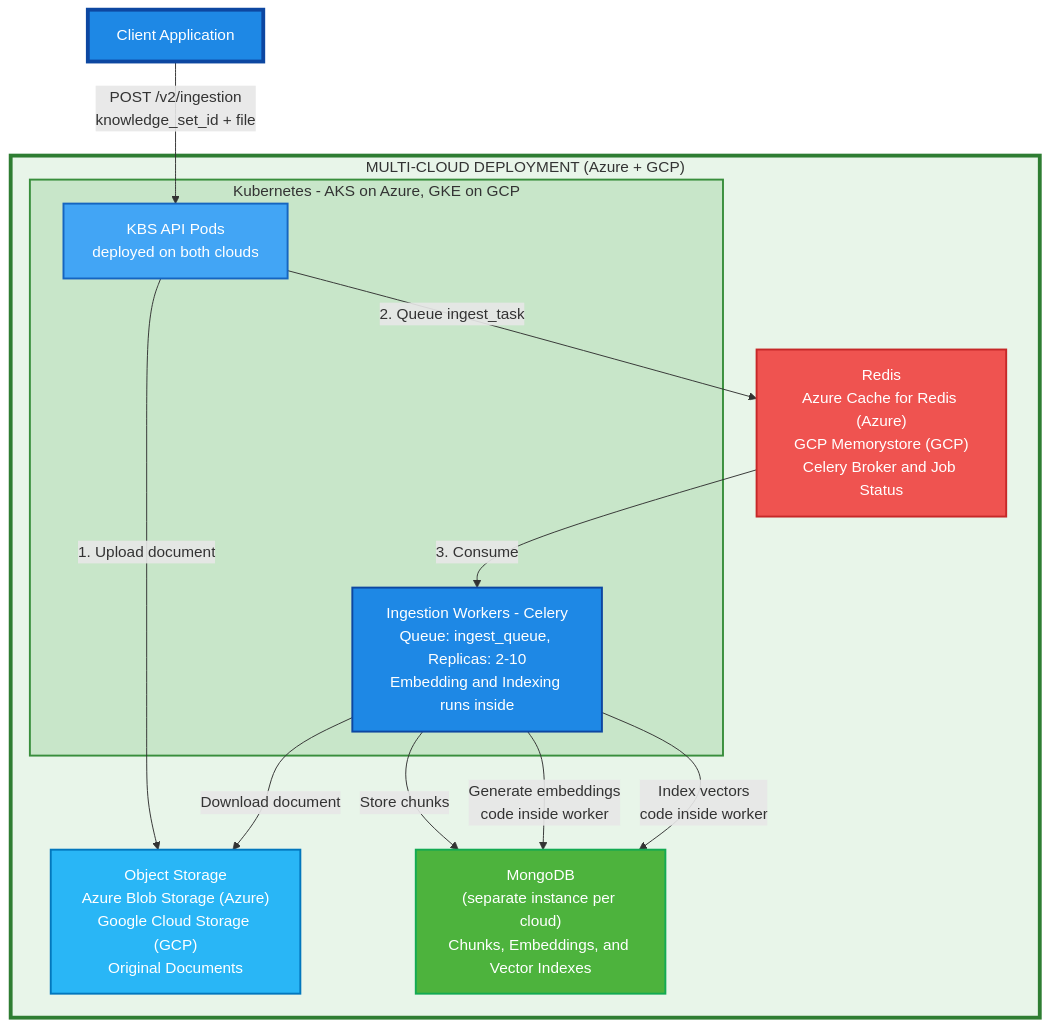
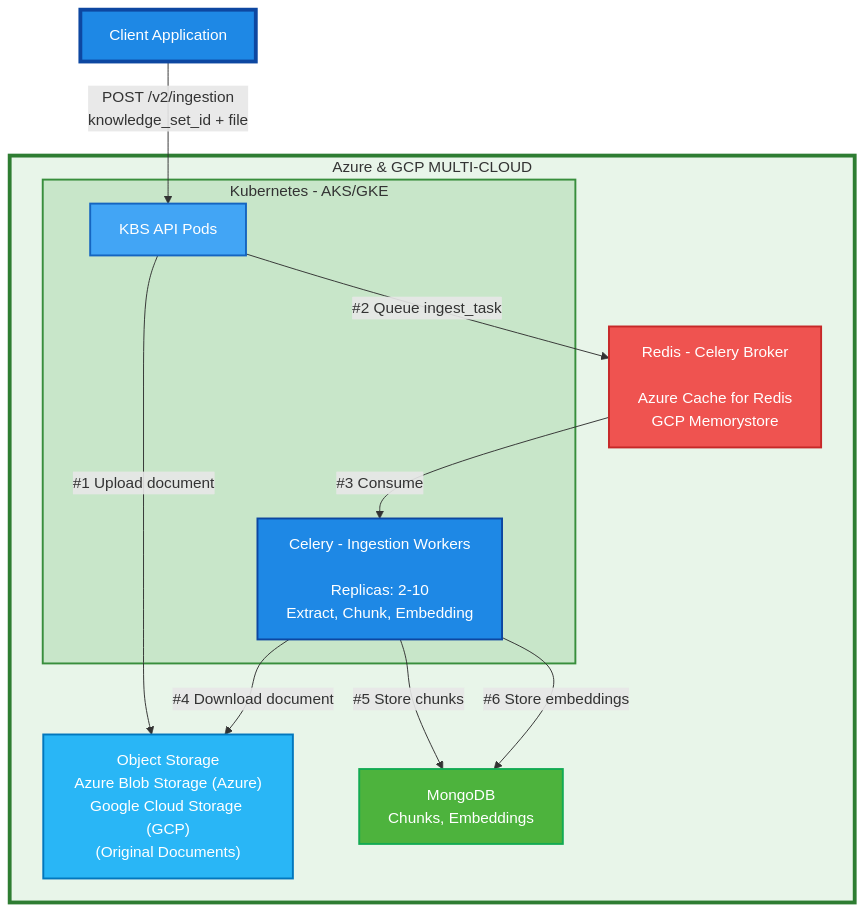
One commit to hmunjuluri05/rag-ingestion-api changed the first of 2 diagrams in docs/DESIGN.md. Above: the diagram before and after it, drawn with Mermaid. The commit also changed 1 other file, not shown here.

Commit message:
Improvements

````diff
--- a/docs/DESIGN.md
+++ b/docs/DESIGN.md
@@ -75,32 +75,31 @@
 ```mermaid
 graph TB
     Client["Client Application"]
 
-    subgraph MultiCloud["MULTI-CLOUD DEPLOYMENT  (Azure + GCP)"]
-        subgraph K8s["Kubernetes - AKS on Azure, GKE on GCP"]
-            API["KBS API Pods<br/>deployed on both clouds"]
-            Workers["Ingestion Workers - Celery<br/>Queue: ingest_queue, Replicas: 2-10<br/>Embedding and Indexing runs inside"]
+    subgraph MultiCloud["Azure & GCP MULTI-CLOUD"]
+        subgraph K8s["Kubernetes - AKS/GKE"]
+            API["KBS API Pods"]
+            Workers["Celery - Ingestion Workers<br/><br/>Replicas: 2-10<br/> Extract, Chunk, Embedding"]
         end
-        Redis["Redis<br/>Azure Cache for Redis (Azure)<br/>GCP Memorystore (GCP)<br/>Celery Broker and Job Status"]
-        ObjectStorage["Object Storage<br/>Azure Blob Storage (Azure)<br/>Google Cloud Storage (GCP)<br/>Original Documents"]
-        MongoDB["MongoDB<br/>(separate instance per cloud)<br/>Chunks, Embeddings, and Vector Indexes"]
+        Redis["Redis - Celery Broker<br/><br/>Azure Cache for Redis<br/>GCP Memorystore"]
+        ObjectStorage["Object Storage<br/>Azure Blob Storage (Azure)<br/>Google Cloud Storage (GCP)<br/>(Original Documents)"]
+        MongoDB["MongoDB<br/>Chunks, Embeddings"]
     end
 
     Client -->|POST /v2/ingestion<br/>knowledge_set_id + file| API
-    API -->|1. Upload document| ObjectStorage
-    API -->|2. Queue ingest_task| Redis
-    Redis -->|3. Consume| Workers
-    Workers -->|Download document| ObjectStorage
-    Workers -->|Store chunks| MongoDB
-    Workers -->|Generate embeddings<br/>code inside worker| MongoDB
-    Workers -->|Index vectors<br/>code inside worker| MongoDB
+    API -->|#1 Upload document| ObjectStorage
+    API -->|#2 Queue ingest_task| Redis
+    Redis -->|#3 Consume| Workers
+    Workers -->|#4 Download document| ObjectStorage
+    Workers -->|#5 Store chunks| MongoDB
+    Workers -->|#6 Store embeddings| MongoDB
 
     style Client fill:#1E88E5,stroke:#0D47A1,stroke-width:4px,color:#FFFFFF
     style MultiCloud fill:#E8F5E9,stroke:#2E7D32,stroke-width:4px
     style K8s fill:#C8E6C9,stroke:#388E3C,stroke-width:2px
     style API fill:#42A5F5,stroke:#1565C0,stroke-width:2px,color:#FFFFFF
     style Workers fill:#1E88E5,stroke:#0D47A1,stroke-width:2px,color:#FFFFFF
     style Redis fill:#EF5350,stroke:#C62828,stroke-width:2px,color:#FFFFFF
     style ObjectStorage fill:#29B6F6,stroke:#0277BD,stroke-width:2px,color:#FFFFFF
     style MongoDB fill:#4DB33D,stroke:#13AA52,stroke-width:2px,color:#FFFFFF
 ```
````
